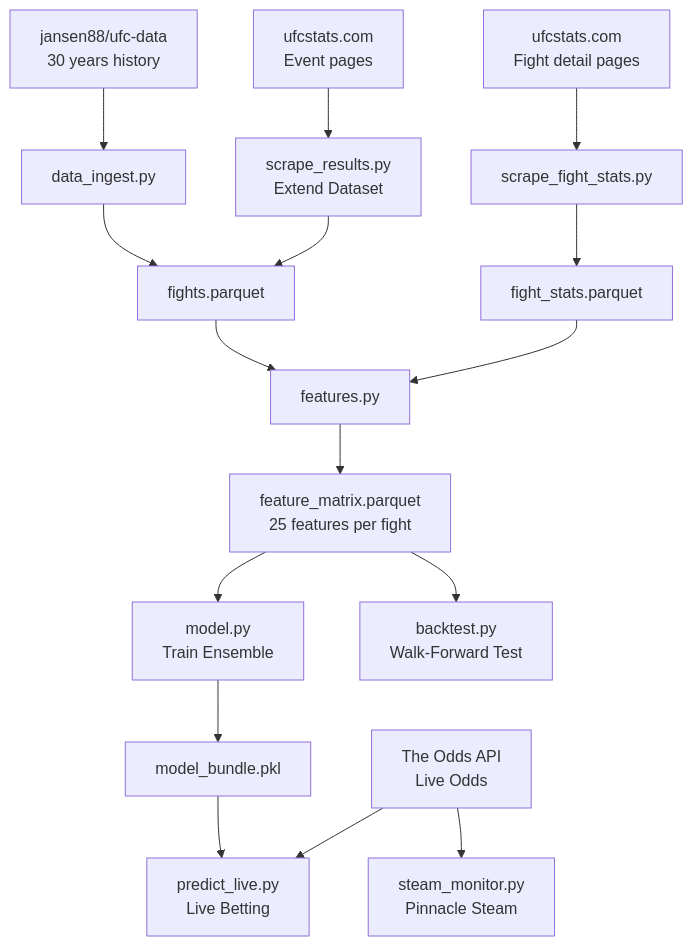
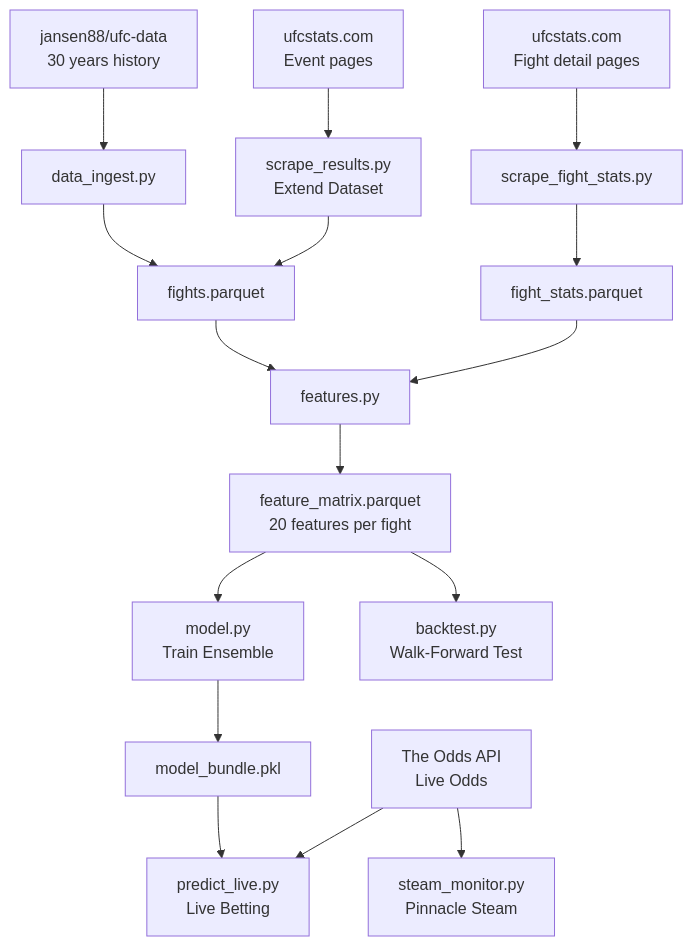
Before and after one commit to plwp/mma-betting: the second of 2 diagrams in README.md, drawn with Mermaid. The commit also changed other lines of this file and 9 other files, not shown here.

````diff
--- a/README.md
+++ b/README.md
@@ -229,18 +227,18 @@
 ```mermaid
 graph TD
     A[jansen88/ufc-data<br/>30 years history] --> D[data_ingest.py]
     D --> E[fights.parquet]
     S[ufcstats.com<br/>Fight detail pages] --> T[scrape_fight_stats.py]
     T --> U[fight_stats.parquet]
     E --> F[features.py]
     U --> F
-    F --> J[feature_matrix.parquet<br/>25 features per fight]
+    F --> J[feature_matrix.parquet<br/>20 features per fight]
     J --> K[model.py<br/>Train Ensemble]
     J --> L[backtest.py<br/>Walk-Forward Test]
     K --> M[model_bundle.pkl]
     M --> N[predict_live.py<br/>Live Betting]
     O[The Odds API<br/>Live Odds] --> N
     O --> P[steam_monitor.py<br/>Pinnacle Steam]
     R[ufcstats.com<br/>Event pages] --> Q[scrape_results.py<br/>Extend Dataset]
     Q --> E
 ```
````
